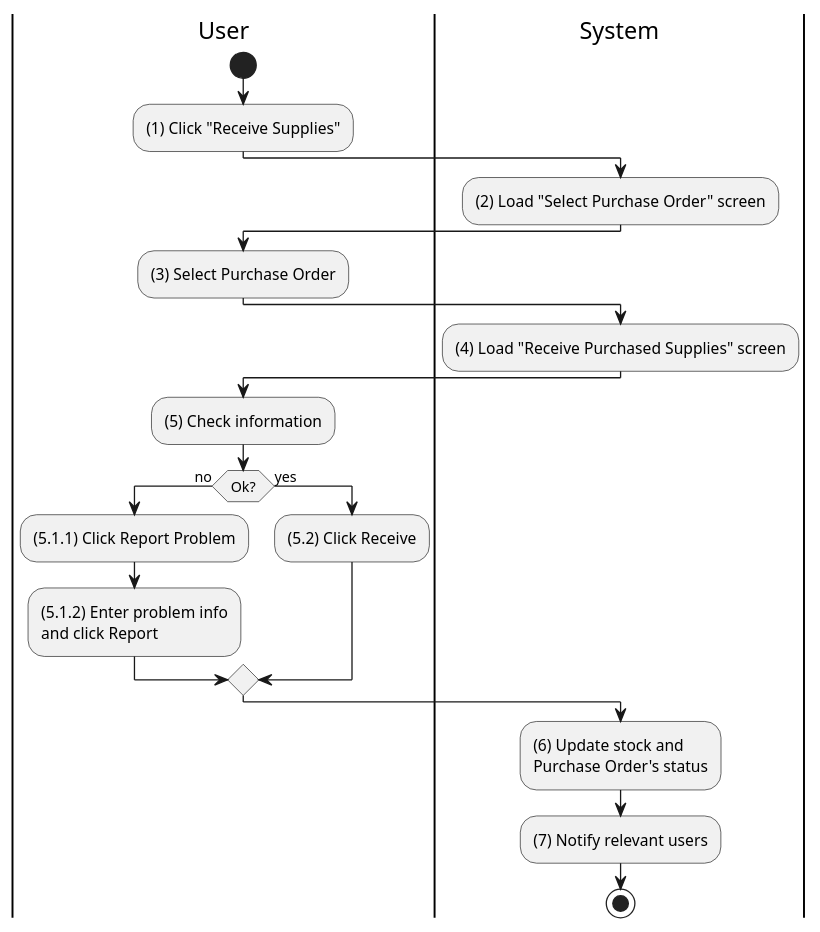
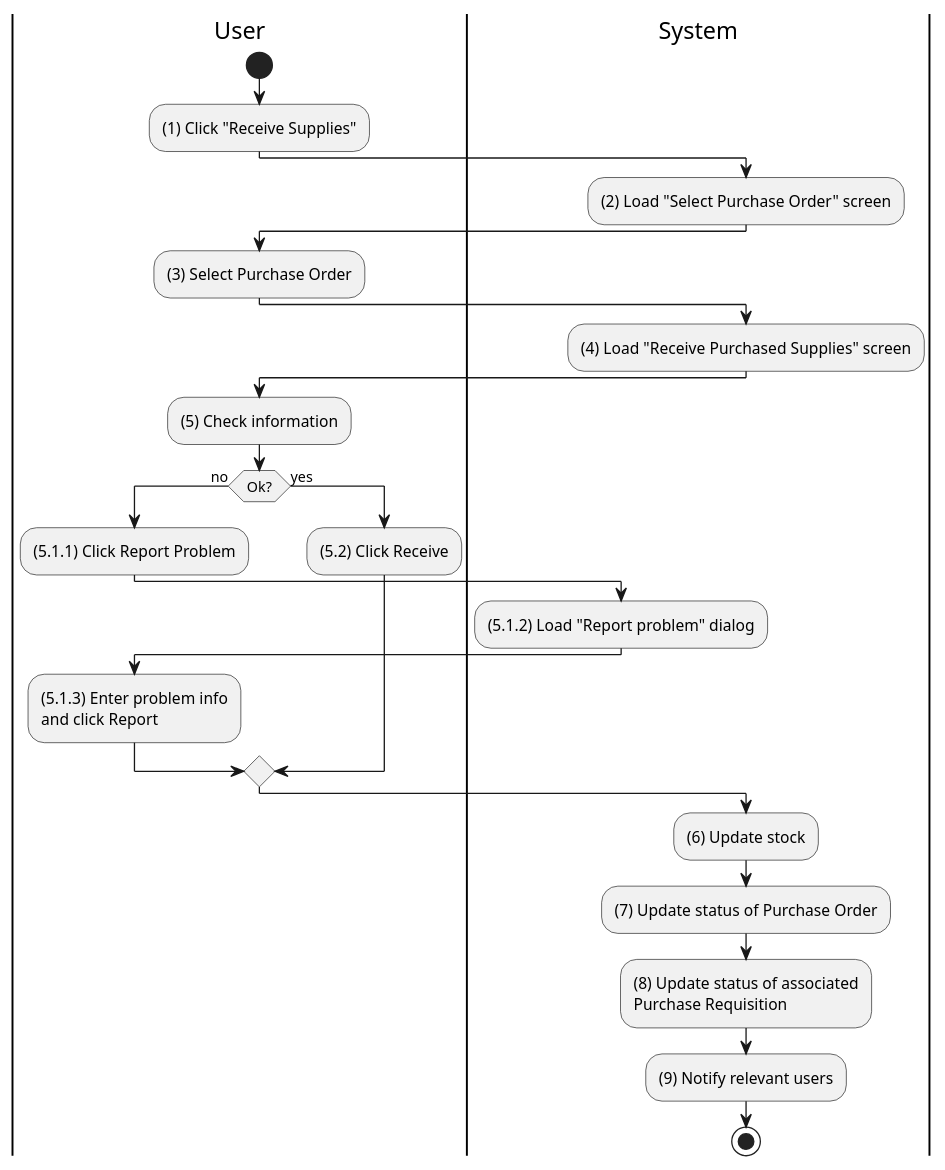
Before and after one commit to phihungha/SE357-Practice-class: the diagram in Lab1/Lab1.2/activities/inventory-supply-receive.plantuml, drawn with PlantUML. The commit also changed 21 other files, not shown here.

Commit message:
Finalize activity diagram

```diff
--- a/Lab1/Lab1.2/activities/inventory-supply-receive.plantuml
+++ b/Lab1/Lab1.2/activities/inventory-supply-receive.plantuml
@@ -1,34 +1,41 @@
 @startuml inventory-supply-receive
 |u|User
 |s|System
 
 |u|
 start
 :(1) Click "Receive Supplies";
 
 |s|
 :(2) Load "Select Purchase Order" screen;
 
 |u|
 :(3) Select Purchase Order;
 
 |s|
 :(4) Load "Receive Purchased Supplies" screen;
 
 |u|
 :(5) Check information;
 
 if (Ok?) then (no)
     |u|
     :(5.1.1) Click Report Problem;
-    :(5.1.2) Enter problem info\nand click Report;
+
+    |s|
+    :(5.1.2) Load "Report problem" dialog;
+
+    |u|
+    :(5.1.3) Enter problem info\nand click Report;
 else (yes)
     |u|
     :(5.2) Click Receive;
 endif
 
 |s|
-:(6) Update stock and \nPurchase Order's status;
-:(7) Notify relevant users;
+:(6) Update stock;
+:(7) Update status of Purchase Order;
+:(8) Update status of associated\nPurchase Requisition;
+:(9) Notify relevant users;
 stop
 @enduml
```
